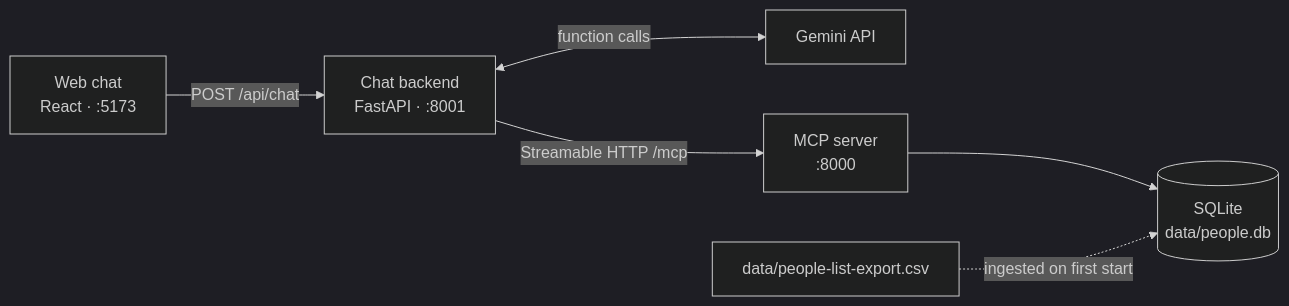
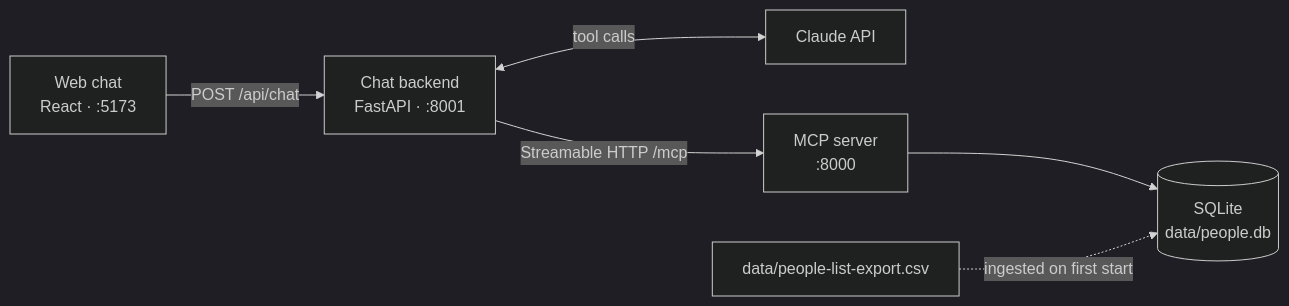
Before and after one commit to shira-ste/peopleSearch: the diagram in README.md, drawn with Mermaid (dark theme). The commit also changed other lines of this file and 6 other files, not shown here.

````diff
--- a/README.md
+++ b/README.md
@@ -10,8 +10,8 @@
 ```mermaid
 flowchart LR
     UI["Web chat<br/>React · :5173"] -->|POST /api/chat| API["Chat backend<br/>FastAPI · :8001"]
-    API <-->|function calls| Gemini["Gemini API"]
+    API <-->|tool calls| Claude["Claude API"]
     API -->|Streamable HTTP /mcp| MCP["MCP server<br/>:8000"]
     MCP --> DB[("SQLite<br/>data/people.db")]
     CSV["data/people-list-export.csv"] -.->|ingested on first start| DB
 ```
````
